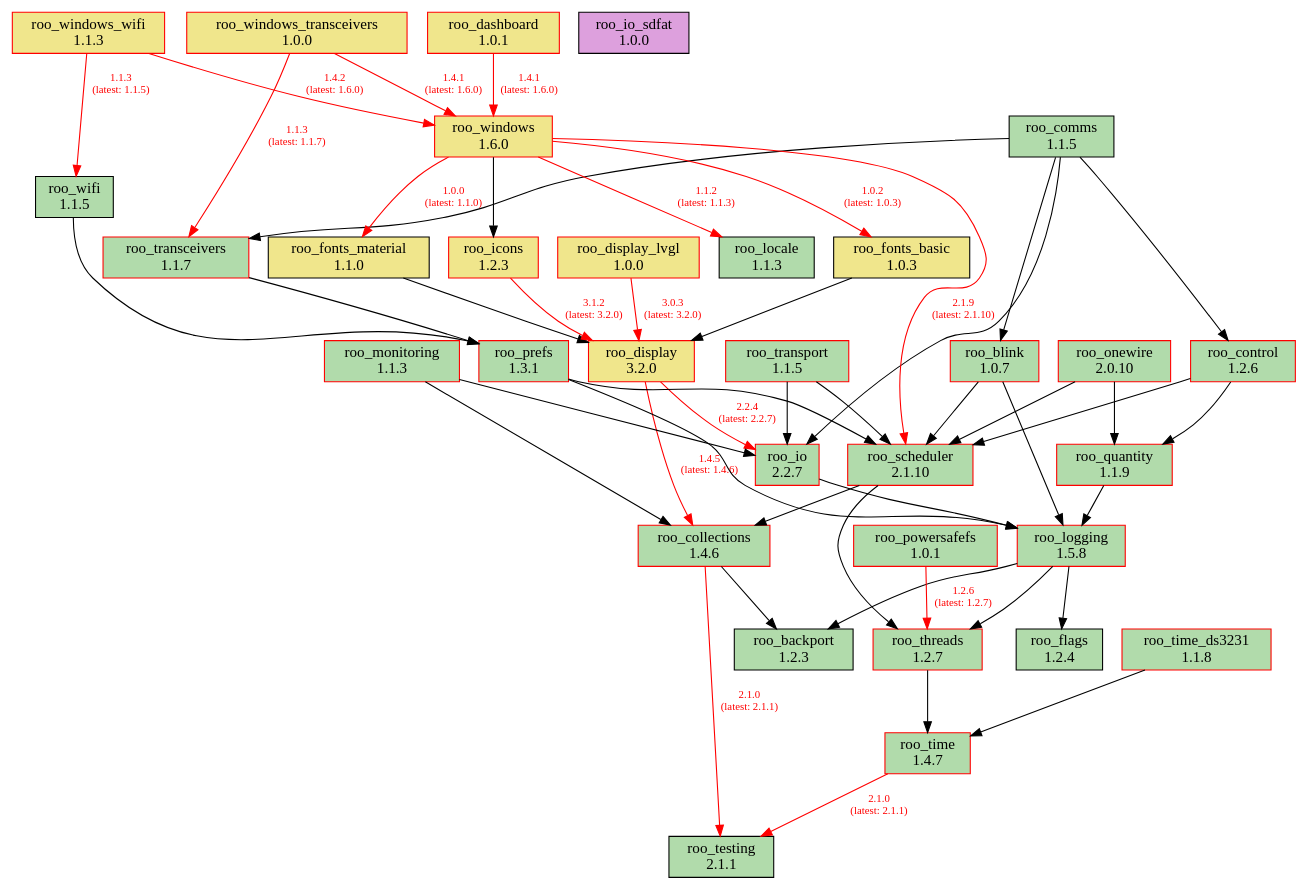
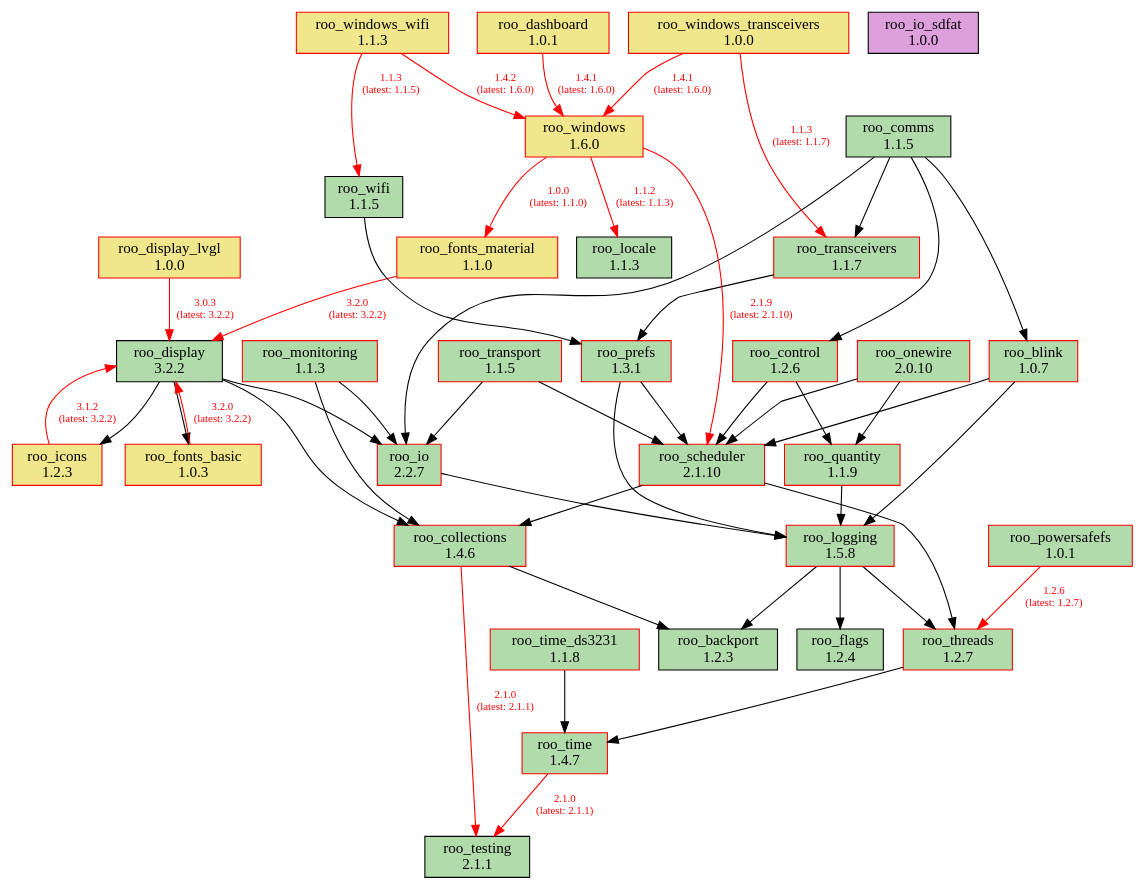
Before and after one commit to dejwk/roo-registry: the diagram in doc/dependencies.dot, drawn with Graphviz. The commit also changed 3 other files, not shown here.

Commit message:
Added roo_display 3.2.2 to the registry.

```diff
--- a/doc/dependencies.dot
+++ b/doc/dependencies.dot
@@ -1,88 +1,88 @@
 digraph dependencies {
     rankdir=TB;
     node [shape=box, style=filled];
     edge [fontsize=10];
 
     // Modules
     "roo_backport" [label="roo_backport\n1.2.3", fillcolor="#b1dbab", color="black"];
     "roo_blink" [label="roo_blink\n1.0.7", fillcolor="#b1dbab", color="red"];
     "roo_collections" [label="roo_collections\n1.4.6", fillcolor="#b1dbab", color="red"];
     "roo_comms" [label="roo_comms\n1.1.5", fillcolor="#b1dbab", color="black"];
     "roo_control" [label="roo_control\n1.2.6", fillcolor="#b1dbab", color="red"];
     "roo_dashboard" [label="roo_dashboard\n1.0.1", fillcolor="khaki", color="red"];
-    "roo_display" [label="roo_display\n3.2.0", fillcolor="khaki", color="red"];
+    "roo_display" [label="roo_display\n3.2.2", fillcolor="#b1dbab", color="black"];
     "roo_display_lvgl" [label="roo_display_lvgl\n1.0.0", fillcolor="khaki", color="red"];
     "roo_flags" [label="roo_flags\n1.2.4", fillcolor="#b1dbab", color="black"];
-    "roo_fonts_basic" [label="roo_fonts_basic\n1.0.3", fillcolor="khaki", color="black"];
-    "roo_fonts_material" [label="roo_fonts_material\n1.1.0", fillcolor="khaki", color="black"];
+    "roo_fonts_basic" [label="roo_fonts_basic\n1.0.3", fillcolor="khaki", color="red"];
+    "roo_fonts_material" [label="roo_fonts_material\n1.1.0", fillcolor="khaki", color="red"];
     "roo_icons" [label="roo_icons\n1.2.3", fillcolor="khaki", color="red"];
     "roo_io" [label="roo_io\n2.2.7", fillcolor="#b1dbab", color="red"];
     "roo_io_sdfat" [label="roo_io_sdfat\n1.0.0", fillcolor="plum", color="black"];
     "roo_locale" [label="roo_locale\n1.1.3", fillcolor="#b1dbab", color="black"];
     "roo_logging" [label="roo_logging\n1.5.8", fillcolor="#b1dbab", color="red"];
     "roo_monitoring" [label="roo_monitoring\n1.1.3", fillcolor="#b1dbab", color="red"];
     "roo_onewire" [label="roo_onewire\n2.0.10", fillcolor="#b1dbab", color="red"];
     "roo_powersafefs" [label="roo_powersafefs\n1.0.1", fillcolor="#b1dbab", color="red"];
     "roo_prefs" [label="roo_prefs\n1.3.1", fillcolor="#b1dbab", color="red"];
     "roo_quantity" [label="roo_quantity\n1.1.9", fillcolor="#b1dbab", color="red"];
     "roo_scheduler" [label="roo_scheduler\n2.1.10", fillcolor="#b1dbab", color="red"];
     "roo_testing" [label="roo_testing\n2.1.1", fillcolor="#b1dbab", color="black"];
     "roo_threads" [label="roo_threads\n1.2.7", fillcolor="#b1dbab", color="red"];
     "roo_time" [label="roo_time\n1.4.7", fillcolor="#b1dbab", color="red"];
     "roo_time_ds3231" [label="roo_time_ds3231\n1.1.8", fillcolor="#b1dbab", color="red"];
     "roo_transceivers" [label="roo_transceivers\n1.1.7", fillcolor="#b1dbab", color="red"];
     "roo_transport" [label="roo_transport\n1.1.5", fillcolor="#b1dbab", color="red"];
     "roo_wifi" [label="roo_wifi\n1.1.5", fillcolor="#b1dbab", color="black"];
     "roo_windows" [label="roo_windows\n1.6.0", fillcolor="khaki", color="red"];
     "roo_windows_transceivers" [label="roo_windows_transceivers\n1.0.0", fillcolor="khaki", color="red"];
     "roo_windows_wifi" [label="roo_windows_wifi\n1.1.3", fillcolor="khaki", color="red"];
 
     // Dependencies
     "roo_blink" -> "roo_logging";
     "roo_blink" -> "roo_scheduler";
     "roo_collections" -> "roo_testing" [color=red, fontcolor=red, label="2.1.0\n(latest: 2.1.1)"];
     "roo_collections" -> "roo_backport";
     "roo_comms" -> "roo_blink";
     "roo_comms" -> "roo_control";
     "roo_comms" -> "roo_io";
     "roo_comms" -> "roo_transceivers";
     "roo_control" -> "roo_quantity";
     "roo_control" -> "roo_scheduler";
     "roo_dashboard" -> "roo_windows" [color=red, fontcolor=red, label="1.4.1\n(latest: 1.6.0)"];
-    "roo_display" -> "roo_collections" [color=red, fontcolor=red, label="1.4.5\n(latest: 1.4.6)"];
-    "roo_display" -> "roo_io" [color=red, fontcolor=red, label="2.2.4\n(latest: 2.2.7)"];
-    "roo_display_lvgl" -> "roo_display" [color=red, fontcolor=red, label="3.0.3\n(latest: 3.2.0)"];
-    "roo_fonts_basic" -> "roo_display";
-    "roo_fonts_material" -> "roo_display";
-    "roo_icons" -> "roo_display" [color=red, fontcolor=red, label="3.1.2\n(latest: 3.2.0)"];
+    "roo_display" -> "roo_collections";
+    "roo_display" -> "roo_io";
+    "roo_display" -> "roo_icons";
+    "roo_display" -> "roo_fonts_basic";
+    "roo_display_lvgl" -> "roo_display" [color=red, fontcolor=red, label="3.0.3\n(latest: 3.2.2)"];
+    "roo_fonts_basic" -> "roo_display" [color=red, fontcolor=red, label="3.2.0\n(latest: 3.2.2)"];
+    "roo_fonts_material" -> "roo_display" [color=red, fontcolor=red, label="3.2.0\n(latest: 3.2.2)"];
+    "roo_icons" -> "roo_display" [color=red, fontcolor=red, label="3.1.2\n(latest: 3.2.2)"];
     "roo_io" -> "roo_logging";
     "roo_logging" -> "roo_backport";
     "roo_logging" -> "roo_flags";
     "roo_logging" -> "roo_threads";
     "roo_monitoring" -> "roo_collections";
     "roo_monitoring" -> "roo_io";
     "roo_onewire" -> "roo_scheduler";
     "roo_onewire" -> "roo_quantity";
     "roo_powersafefs" -> "roo_threads" [color=red, fontcolor=red, label="1.2.6\n(latest: 1.2.7)"];
     "roo_prefs" -> "roo_logging";
     "roo_prefs" -> "roo_scheduler";
     "roo_quantity" -> "roo_logging";
     "roo_scheduler" -> "roo_collections";
     "roo_scheduler" -> "roo_threads";
     "roo_threads" -> "roo_time";
     "roo_time" -> "roo_testing" [color=red, fontcolor=red, label="2.1.0\n(latest: 2.1.1)"];
     "roo_time_ds3231" -> "roo_time";
     "roo_transceivers" -> "roo_prefs";
     "roo_transport" -> "roo_io";
     "roo_transport" -> "roo_scheduler";
     "roo_wifi" -> "roo_prefs";
-    "roo_windows" -> "roo_fonts_basic" [color=red, fontcolor=red, label="1.0.2\n(latest: 1.0.3)"];
     "roo_windows" -> "roo_fonts_material" [color=red, fontcolor=red, label="1.0.0\n(latest: 1.1.0)"];
     "roo_windows" -> "roo_locale" [color=red, fontcolor=red, label="1.1.2\n(latest: 1.1.3)"];
-    "roo_windows" -> "roo_icons";
     "roo_windows" -> "roo_scheduler" [color=red, fontcolor=red, label="2.1.9\n(latest: 2.1.10)"];
     "roo_windows_transceivers" -> "roo_transceivers" [color=red, fontcolor=red, label="1.1.3\n(latest: 1.1.7)"];
     "roo_windows_transceivers" -> "roo_windows" [color=red, fontcolor=red, label="1.4.1\n(latest: 1.6.0)"];
     "roo_windows_wifi" -> "roo_wifi" [color=red, fontcolor=red, label="1.1.3\n(latest: 1.1.5)"];
     "roo_windows_wifi" -> "roo_windows" [color=red, fontcolor=red, label="1.4.2\n(latest: 1.6.0)"];
 }
```
